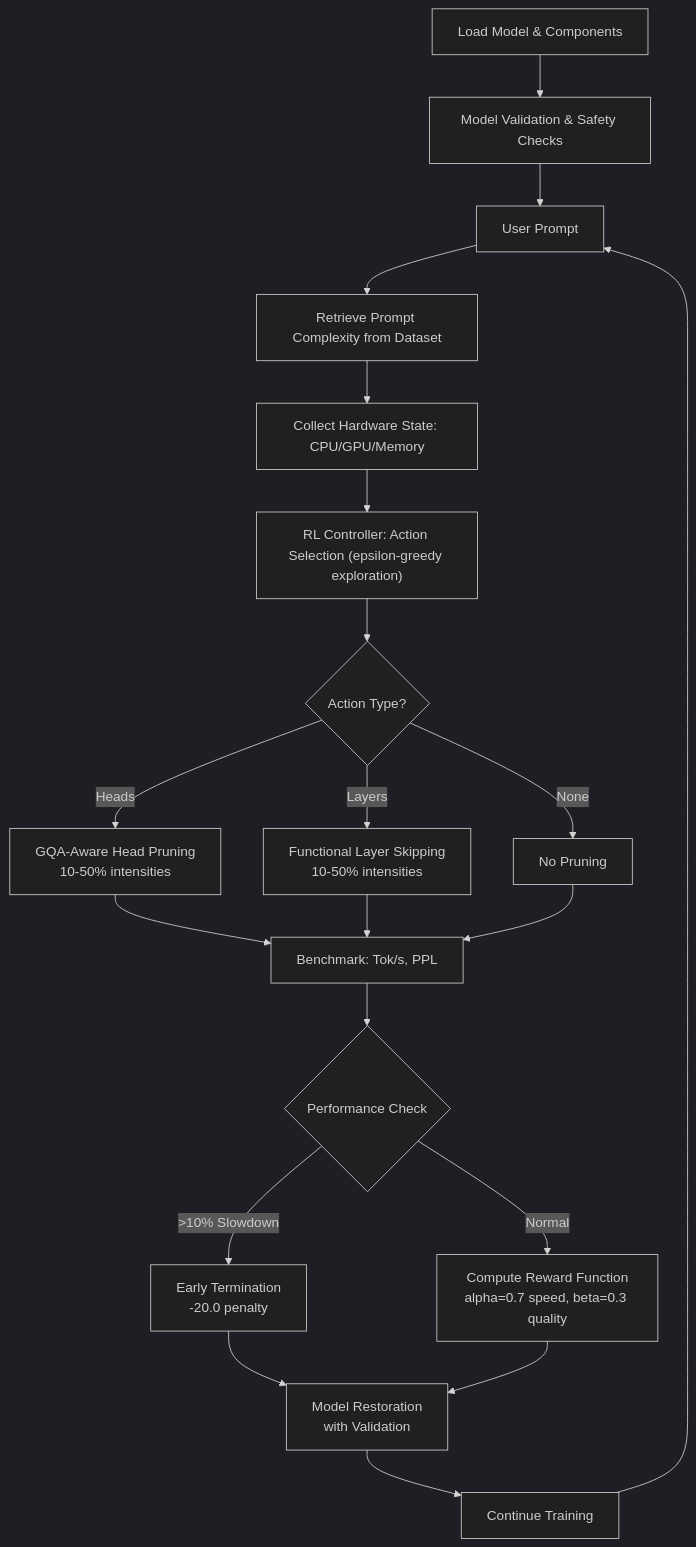
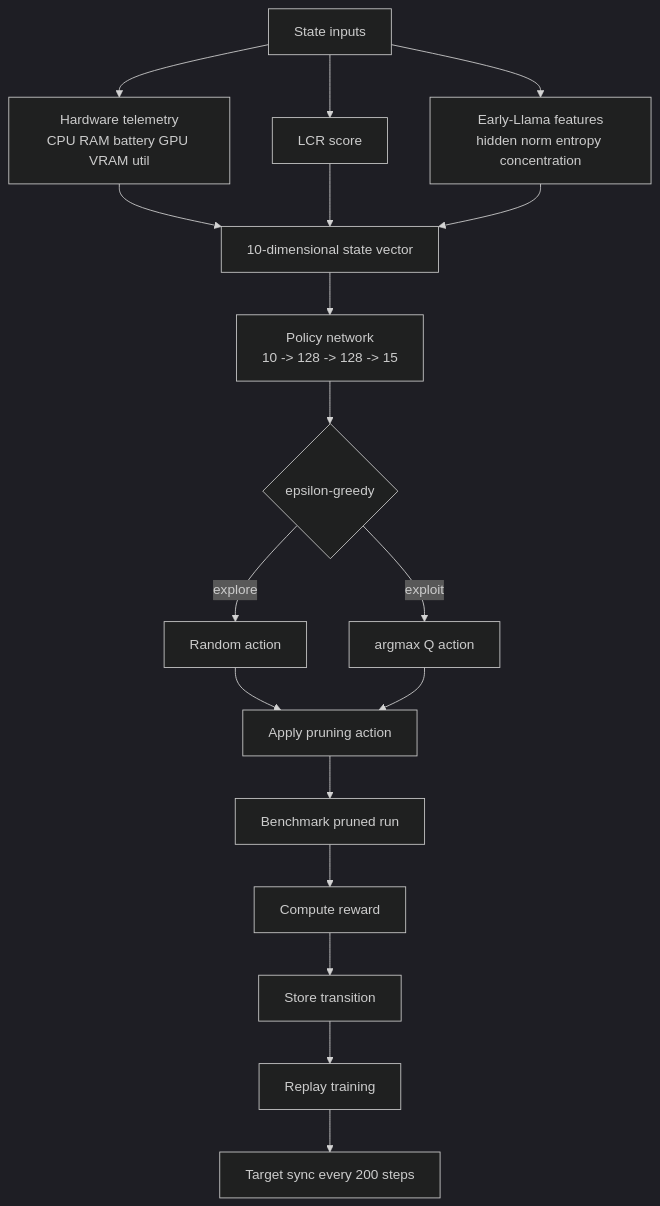
The second of 3 diagrams in README.md (asief-iqbal/Thesis), drawn with Mermaid (dark theme) before and after one commit. The commit also changed other lines of this file and 2 other files, not shown here.

Commit message:
Sync documentation with current LCR-DDQN architecture and add updated diagrams

````diff
--- a/README.md
+++ b/README.md
@@ -328,23 +249,20 @@
 ```mermaid
 flowchart TD
-    A["Load Model & Components"] --> B["Model Validation & Safety Checks"]
-    B --> D["User Prompt"]
-    D --> E["Retrieve Prompt Complexity from Dataset"]
-    E --> F["Collect Hardware State: CPU/GPU/Memory"]
-    F --> G["RL Controller: Action Selection (epsilon-greedy exploration)"]
-    G --> H{Action Type?}
-    H -->|"Heads"| I["GQA-Aware Head Pruning<br/>10-50% intensities"]
-    H -->|"Layers"| J["Functional Layer Skipping<br/>10-50% intensities"]
-    H -->|"None"| K["No Pruning"]
-    I --> M["Benchmark: Tok/s, PPL"]
-    J --> M
-    K --> M
-    M --> N{Performance Check}
-    N -->|">10% Slowdown"| O["Early Termination<br/>-20.0 penalty"]
-    N -->|"Normal"| P["Compute Reward Function<br/>alpha=0.7 speed, beta=0.3 quality"]
-    O --> Q["Model Restoration<br/>with Validation"]
-    P --> Q
-    Q --> R["Continue Training"]
-    R --> D
-
+    A[State inputs] --> B[Hardware telemetry<br/>CPU RAM battery GPU VRAM util]
+    A --> C[LCR score]
+    A --> D[Early-Llama features<br/>hidden norm entropy concentration]
+    B --> E[10-dimensional state vector]
+    C --> E
+    D --> E
+    E --> F[Policy network<br/>10 -> 128 -> 128 -> 15]
+    F --> G{epsilon-greedy}
+    G -->|explore| H[Random action]
+    G -->|exploit| I[argmax Q action]
+    H --> J[Apply pruning action]
+    I --> J
+    J --> K[Benchmark pruned run]
+    K --> L[Compute reward]
+    L --> M[Store transition]
+    M --> N[Replay training]
+    N --> O[Target sync every 200 steps]
 ```
````
